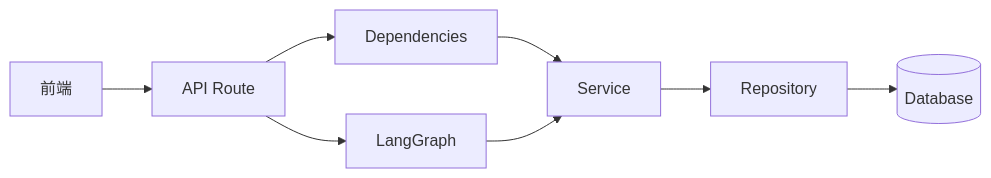
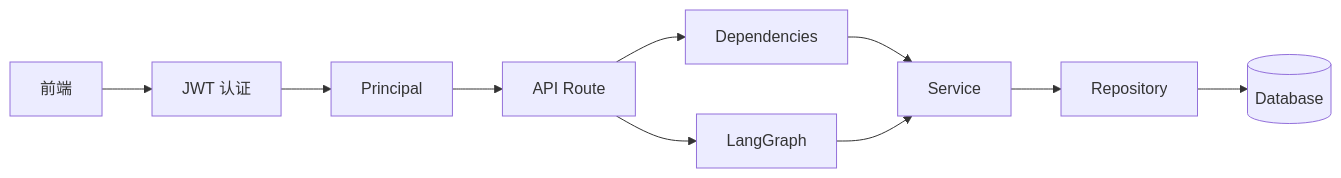
Before and after one commit to HuffyKitty/MallMate: the diagram in docs/后端工程架构.md, drawn with Mermaid. The commit also changed other lines of this file and 51 other files, not shown here.

````diff
--- a/docs/后端工程架构.md
+++ b/docs/后端工程架构.md
@@ -54,10 +55,12 @@
 ```mermaid
 flowchart LR
-    Client[前端] --> Route[API Route]
+    Client[前端] --> Auth[JWT 认证]
+    Auth --> Principal[Principal]
+    Principal --> Route[API Route]
     Route --> Dependency[Dependencies]
     Dependency --> Service[Service]
     Service --> Repository[Repository]
     Repository --> DB[(Database)]
     Route --> Graph[LangGraph]
     Graph --> Service
 ```
````
